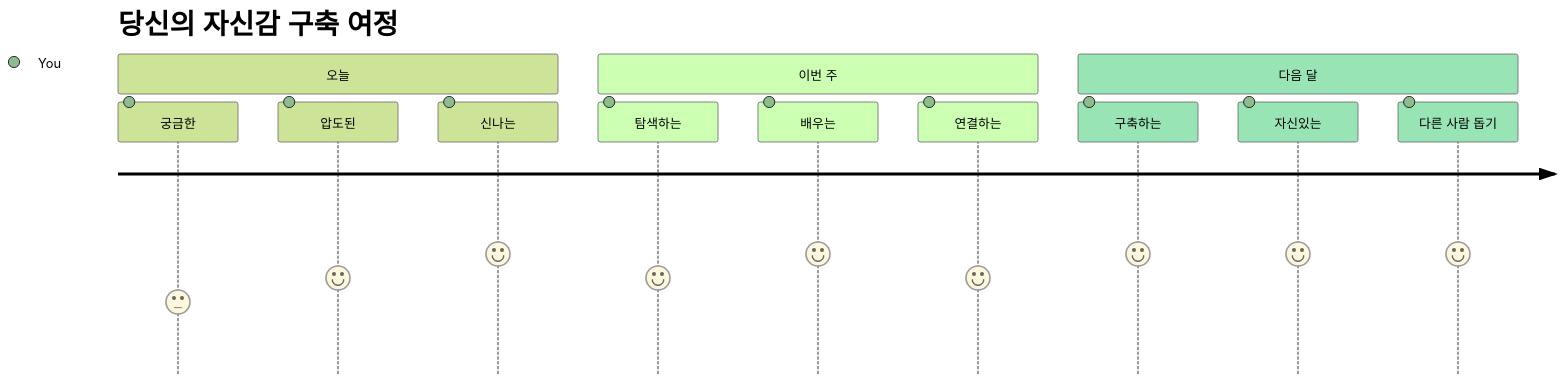
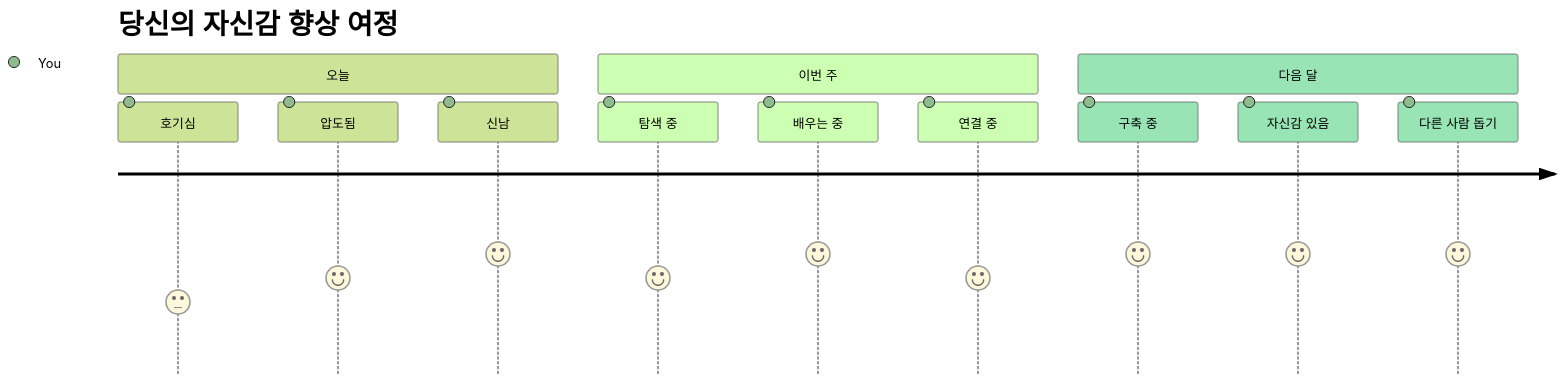
The seventh of 7 diagrams in translations/ko/1-getting-started-lessons/1-intro-to-programming-languages/README.md (microsoft/Web-Dev-For-Beginners), drawn with Mermaid (forest theme) before and after one commit. The commit also changed other lines of this file and 8 other files, not shown here.

````diff
--- a/translations/ko/1-getting-started-lessons/1-intro-to-programming-languages/README.md
+++ b/translations/ko/1-getting-started-lessons/1-intro-to-programming-languages/README.md
@@ -832,16 +831,16 @@
 ```mermaid
 journey
-    title 당신의 자신감 구축 여정
+    title 당신의 자신감 향상 여정
     section 오늘
-      궁금한: 3: You
-      압도된: 4: You
-      신나는: 5: You
+      호기심: 3: You
+      압도됨: 4: You
+      신남: 5: You
     section 이번 주
-      탐색하는: 4: You
-      배우는: 5: You
-      연결하는: 4: You
+      탐색 중: 4: You
+      배우는 중: 5: You
+      연결 중: 4: You
     section 다음 달
-      구축하는: 5: You
-      자신있는: 5: You
+      구축 중: 5: You
+      자신감 있음: 5: You
       다른 사람 돕기: 5: You
 ```
````
